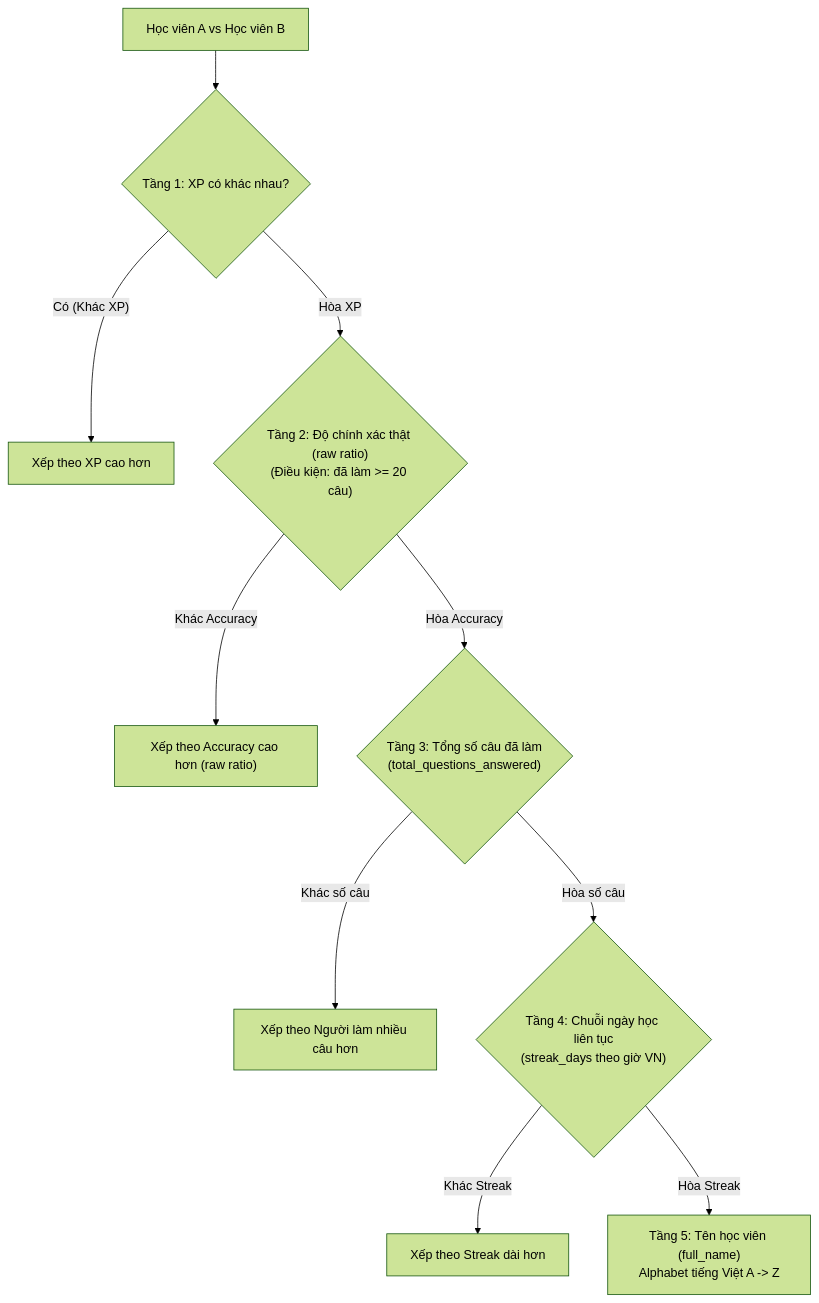
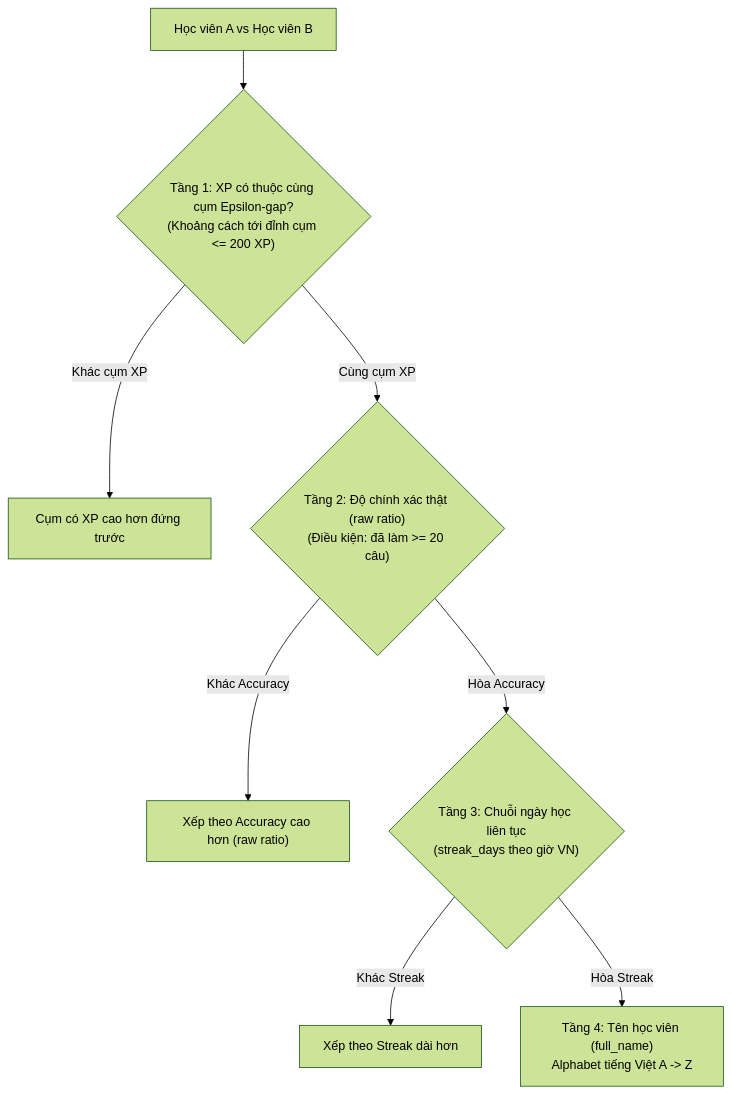
The diagram in docs/agents/progress-gamification/ranking-metrics.md (duydat555/ilovetoeic-local), drawn with Mermaid (forest theme) before and after one commit. The commit also changed other lines of this file and 3 other files, not shown here.

````diff
--- a/docs/agents/progress-gamification/ranking-metrics.md
+++ b/docs/agents/progress-gamification/ranking-metrics.md
@@ -11,12 +11,10 @@
 ```mermaid
 flowchart TD
-    A["Học viên A vs Học viên B"] --> B{"Tầng 1: XP có khác nhau?"}
-    B -- "Có (Khác XP)" --> R1["Xếp theo XP cao hơn"]
-    B -- "Hòa XP" --> C{"Tầng 2: Độ chính xác thật (raw ratio)<br/>(Điều kiện: đã làm >= 20 câu)"}
+    A["Học viên A vs Học viên B"] --> B{"Tầng 1: XP có thuộc cùng cụm Epsilon-gap?<br/>(Khoảng cách tới đỉnh cụm <= 200 XP)"}
+    B -- "Khác cụm XP" --> R1["Cụm có XP cao hơn đứng trước"]
+    B -- "Cùng cụm XP" --> C{"Tầng 2: Độ chính xác thật (raw ratio)<br/>(Điều kiện: đã làm >= 20 câu)"}
     C -- "Khác Accuracy" --> R2["Xếp theo Accuracy cao hơn (raw ratio)"]
-    C -- "Hòa Accuracy" --> D{"Tầng 3: Tổng số câu đã làm<br/>(total_questions_answered)"}
-    D -- "Khác số câu" --> R3["Xếp theo Người làm nhiều câu hơn"]
-    D -- "Hòa số câu" --> E{"Tầng 4: Chuỗi ngày học liên tục<br/>(streak_days theo giờ VN)"}
-    E -- "Khác Streak" --> R4["Xếp theo Streak dài hơn"]
-    E -- "Hòa Streak" --> F["Tầng 5: Tên học viên (full_name)<br/>Alphabet tiếng Việt A -> Z"]
+    C -- "Hòa Accuracy" --> D{"Tầng 3: Chuỗi ngày học liên tục<br/>(streak_days theo giờ VN)"}
+    D -- "Khác Streak" --> R3["Xếp theo Streak dài hơn"]
+    D -- "Hòa Streak" --> E["Tầng 4: Tên học viên (full_name)<br/>Alphabet tiếng Việt A -> Z"]
 ```
````
